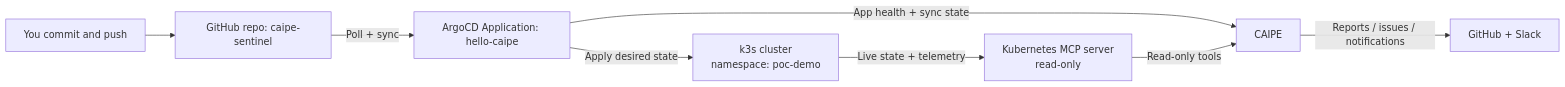
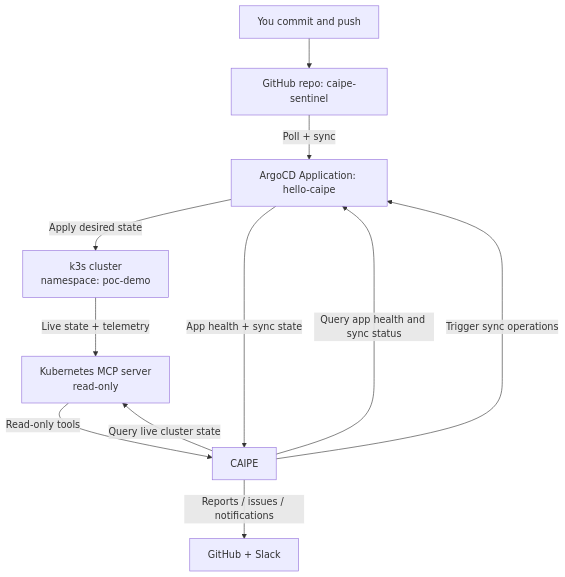
One commit to ponchotitlan/caipe-sentinel changed the diagram in README.md. Above: the diagram before and after it, drawn with Mermaid. The commit also changed other lines of this file and 3 other files, not shown here.

````diff
--- a/README.md
+++ b/README.md
@@ -14,10 +14,13 @@
 ```mermaid
-flowchart LR
+flowchart TB
   Dev["You commit and push"] --> Repo["GitHub repo: caipe-sentinel"]
   Repo -->|Poll + sync| ArgoCD["ArgoCD Application: hello-caipe"]
   ArgoCD -->|Apply desired state| K8s["k3s cluster\nnamespace: poc-demo"]
   K8s -->|Live state + telemetry| K8sMCP["Kubernetes MCP server\nread-only"]
   ArgoCD -->|App health + sync state| CAIPE["CAIPE"]
   K8sMCP -->|Read-only tools| CAIPE
+  CAIPE -->|Query app health and sync status| ArgoCD
+  CAIPE -->|Trigger sync operations| ArgoCD
+  CAIPE -->|Query live cluster state| K8sMCP
   CAIPE -->|Reports / issues / notifications| GitHubSlack["GitHub + Slack"]
 ```
````
